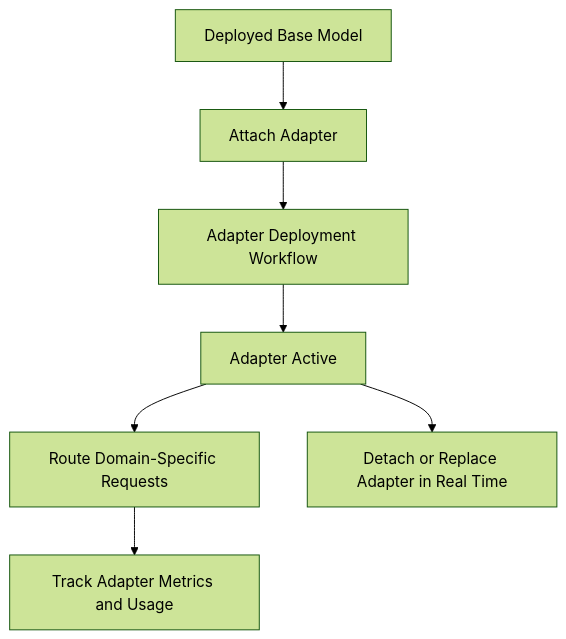
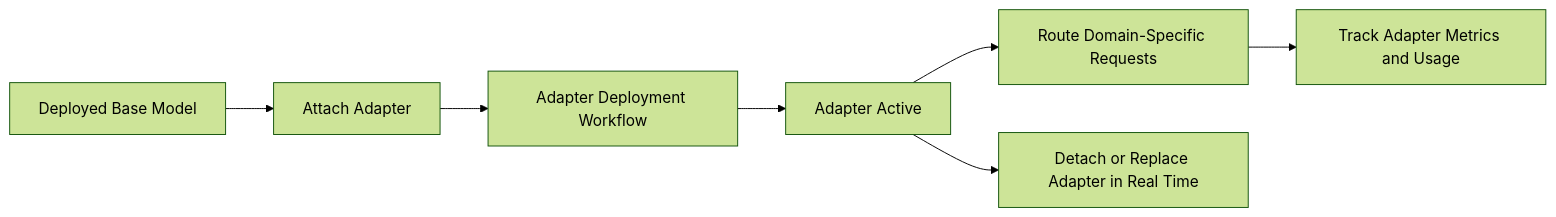
One commit to BudEcosystem/bud-runtime changed the diagram in docs/models/guides/how-to-add-adapters-to-your-deployed-models.mdx. Above: the diagram before and after it, drawn with Mermaid (forest theme).

Commit message:
Update mermaid graph direction in adapter guide

````diff
--- a/docs/models/guides/how-to-add-adapters-to-your-deployed-models.mdx
+++ b/docs/models/guides/how-to-add-adapters-to-your-deployed-models.mdx
@@ -14,9 +14,9 @@
 ```mermaid
-graph TD
+graph LR
     A[Deployed Base Model] --> B[Attach Adapter]
     B --> C[Adapter Deployment Workflow]
     C --> D[Adapter Active]
     D --> E[Route Domain-Specific Requests]
     E --> F[Track Adapter Metrics and Usage]
     D --> G[Detach or Replace Adapter in Real Time]
 ```
````
